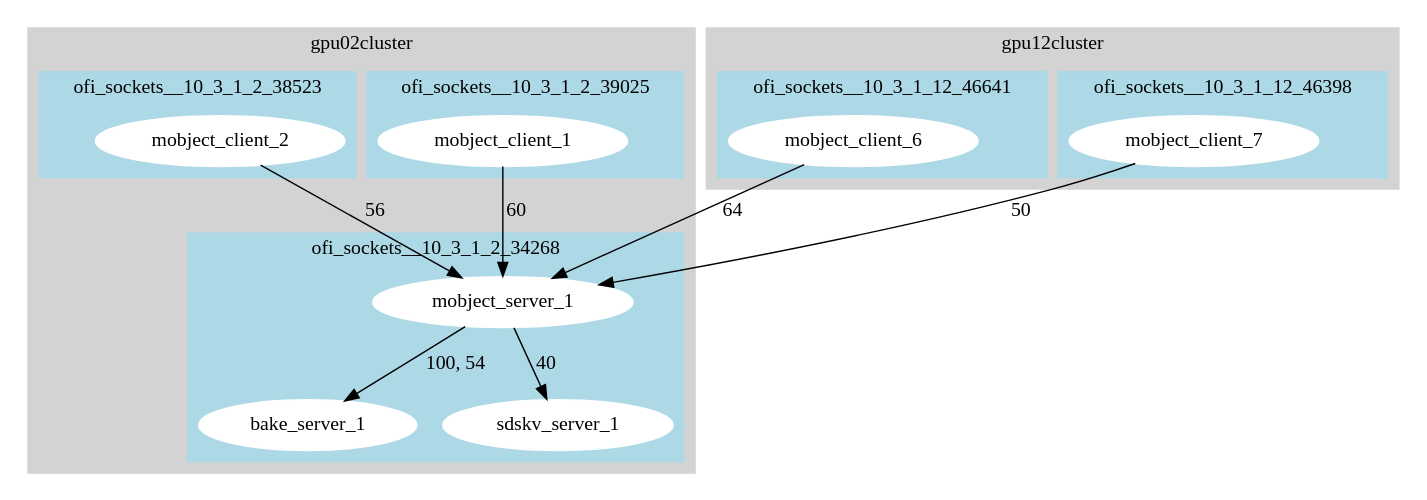
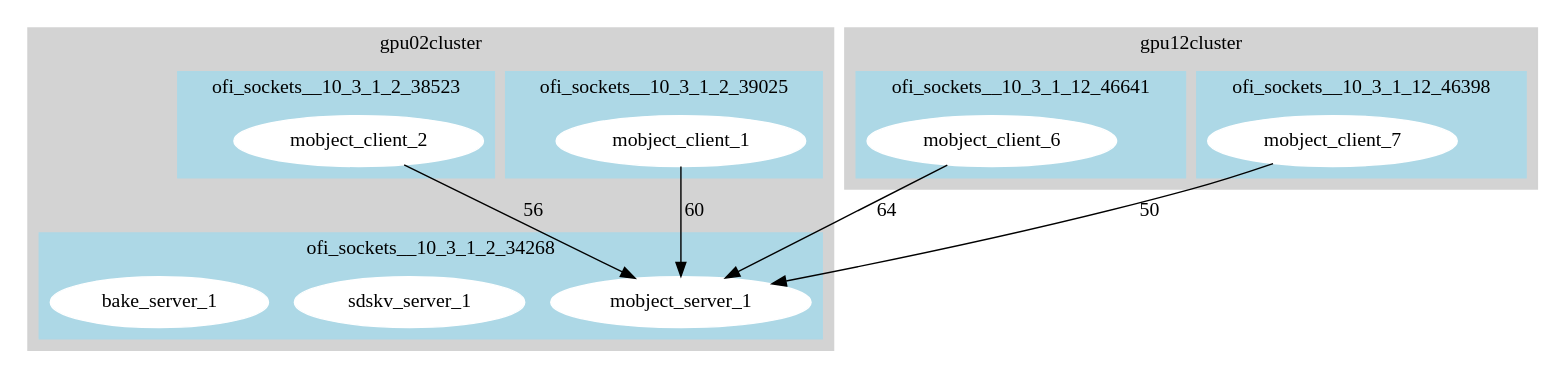
Before and after one commit to mochi-hpc/mochi-margo: the diagram in scripts/reference.gv, drawn with Graphviz. The commit also changed 1 other file, not shown here.

```diff
--- a/scripts/reference.gv
+++ b/scripts/reference.gv
@@ -1,51 +1,56 @@
 digraph G {
 subgraph clustergpu02cluster {
 node [style=filled, color=white];
  style=filled;
  color=lightgrey;
 subgraph clusterofi_sockets__10_3_1_2_34268 {
 node [style=filled];
  color=lightblue;
  label = "ofi_sockets__10_3_1_2_34268";
-mobject_server_1 -> bake_server_1 [label="100, 54", weight="100, 54"];
-mobject_server_1 -> sdskv_server_1 [label="40", weight="40"];
+
+mobject_server_1;
+sdskv_server_1;
+bake_server_1;
 }
 
 subgraph clusterofi_sockets__10_3_1_2_39025 {
 node [style=filled];
  color=lightblue;
 label = "ofi_sockets__10_3_1_2_39025";
 mobject_client_1 -> mobject_server_1 [label="60", weight="60"];
 }
 
 subgraph clusterofi_sockets__10_3_1_2_38523 {
 node [style=filled];
  color=lightblue;
 label = "ofi_sockets__10_3_1_2_38523";
 mobject_client_2 -> mobject_server_1 [label="56", weight="56"];
 }
 
 label = "gpu02cluster";
 }
 
 subgraph clustergpu12cluster {
 node [style=filled, color=white];
  style=filled;
  color=lightgrey;
 subgraph clusterofi_sockets__10_3_1_12_46641 {
 node [style=filled];
  color=lightblue;
 label = "ofi_sockets__10_3_1_12_46641";
 mobject_client_6 -> mobject_server_1 [label="64", weight="64"];
 }
 
 subgraph clusterofi_sockets__10_3_1_12_46398 {
 node [style=filled];
  color=lightblue;
  label = "ofi_sockets__10_3_1_12_46398";
  mobject_client_7 -> mobject_server_1 [label="50", weight="50"];
 }
 
 label = "gpu12cluster";
 }
+
+//mobject_server_1 -> bake_server_1 [label="100, 54", weight="100, 54"];
+//mobject_server_1 -> sdskv_server_1 [label="40", weight="40"];
 }
```
